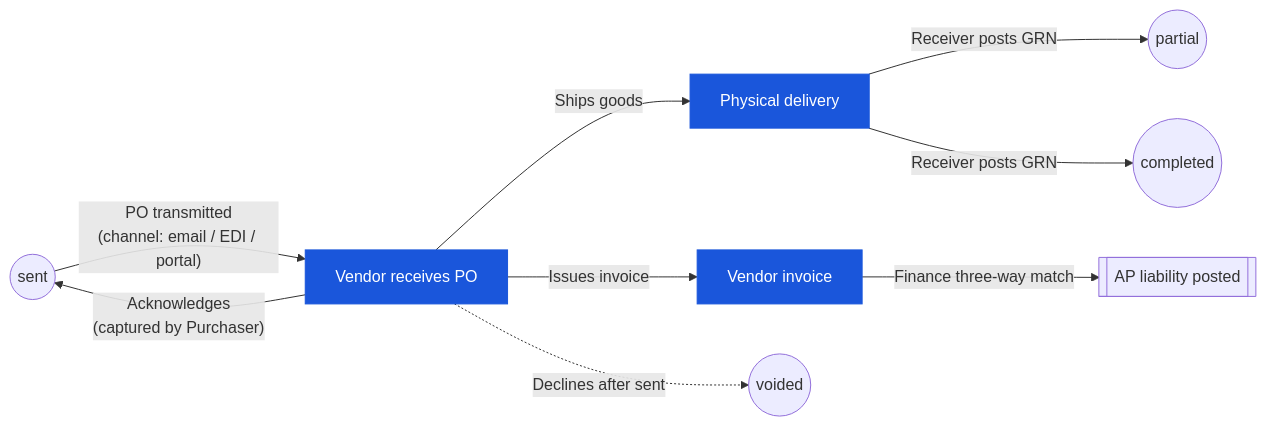
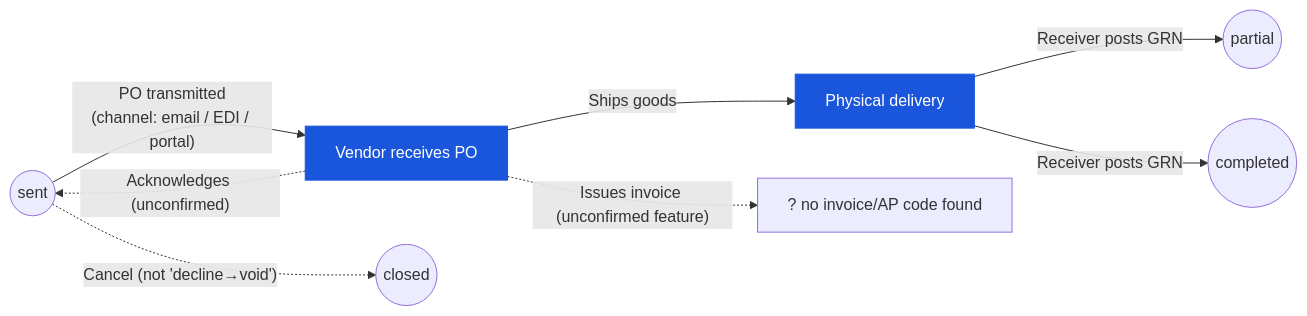
One commit to CarmenSoftware-organization/carmen-wiki changed the diagram in en/inventory/purchase-order/03-user-flow-vendor.md. Above: the diagram before and after it, drawn with Mermaid. The commit also changed other lines of this file and 38 other files, not shown here.

````diff
--- a/en/inventory/purchase-order/03-user-flow-vendor.md
+++ b/en/inventory/purchase-order/03-user-flow-vendor.md
@@ -23,12 +23,11 @@
 ```mermaid
 graph LR
     sent(("sent")) -->|"PO transmitted<br/>(channel: email / EDI / portal)"| vendor["Vendor receives PO"]:::current
-    vendor -->|"Acknowledges<br/>(captured by Purchaser)"| sent
+    vendor -.->|"Acknowledges (unconfirmed)"| sent
     vendor -->|"Ships goods"| recv["Physical delivery"]:::current
     recv -->|"Receiver posts GRN"| partial(("partial"))
     recv -->|"Receiver posts GRN"| completed(("completed"))
-    vendor -->|"Issues invoice"| inv["Vendor invoice"]:::current
-    inv -->|"Finance three-way match"| ap[["AP liability posted"]]
-    vendor -.->|"Declines after sent"| voided(("voided"))
+    vendor -.->|"Issues invoice (unconfirmed feature)"| inv["? no invoice/AP code found"]
+    sent -.->|"Cancel (not 'decline→void')"| closed(("closed"))
     classDef current fill:#1a56db,color:#fff,stroke:#1a56db;
 ```
````
